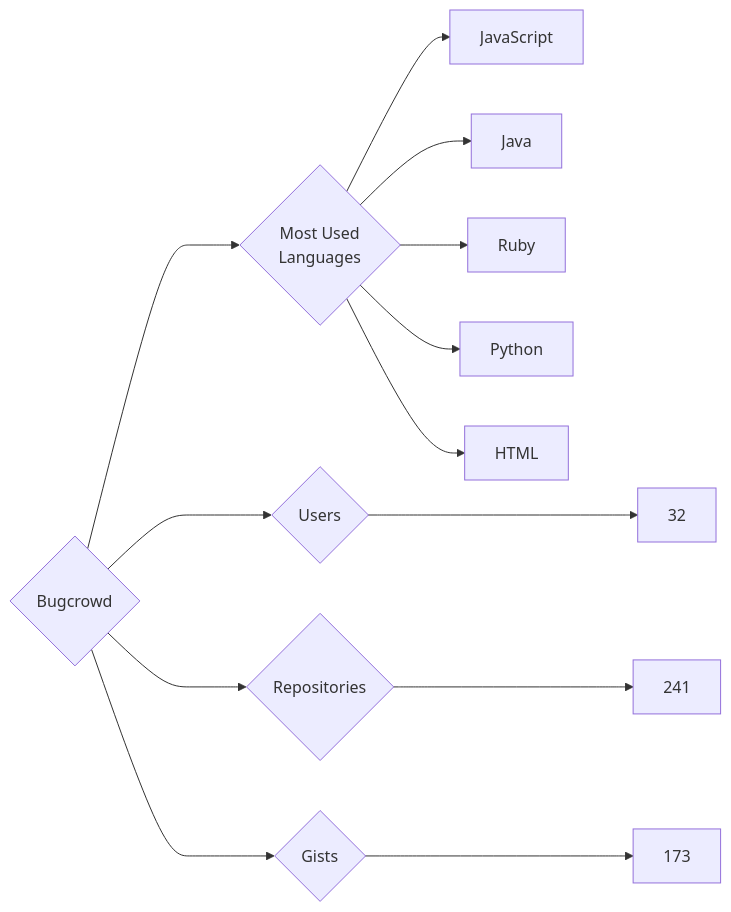
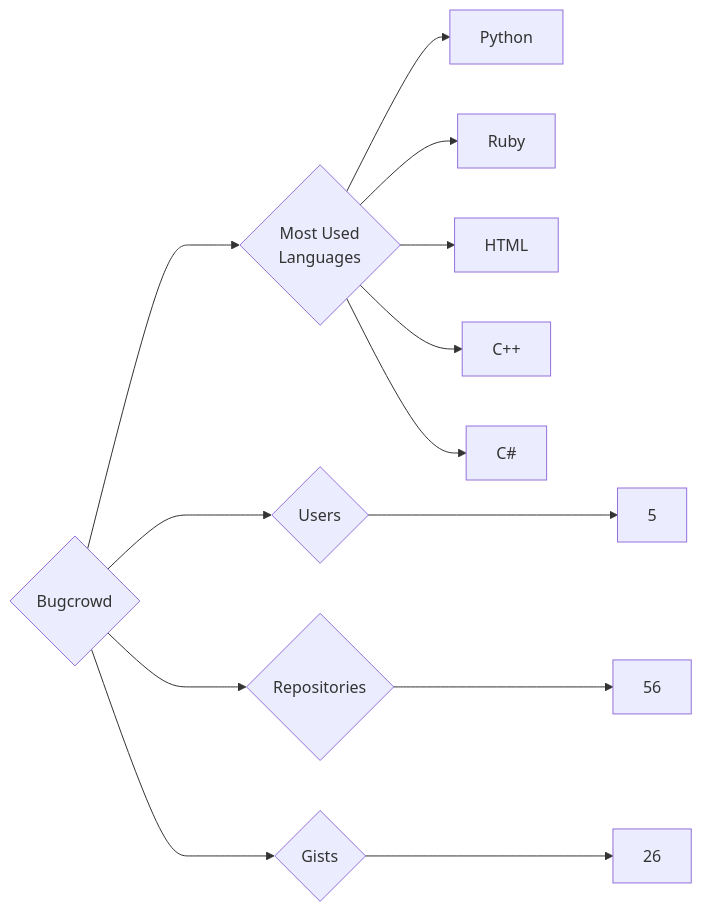
Before and after one commit to trickest/insiders: the diagram in targets/Bugcrowd/README.md, drawn with Mermaid. The commit also changed 636 other files, not shown here.

````diff
--- a/targets/Bugcrowd/README.md
+++ b/targets/Bugcrowd/README.md
@@ -3,13 +3,13 @@
 ```mermaid
 graph LR
 COMPANY_NAME{Bugcrowd}
-COMPANY_NAME ---> U{Users} ---> UN[32]
-COMPANY_NAME ---> R{Repositories} ---> RN[241]
-COMPANY_NAME ---> G{Gists} ---> GN[173]
+COMPANY_NAME ---> U{Users} ---> UN[5]
+COMPANY_NAME ---> R{Repositories} ---> RN[56]
+COMPANY_NAME ---> G{Gists} ---> GN[26]
 COMPANY_NAME ---> ML{Most Used<br>Languages}
-ML --> JavaScript[JavaScript]
-ML --> Java[Java]
+ML --> Python[Python]
 ML --> Ruby[Ruby]
-ML --> Python[Python]
 ML --> HTML[HTML]
+ML --> C++[C++]
+ML --> C#[C#]
 ```
````
